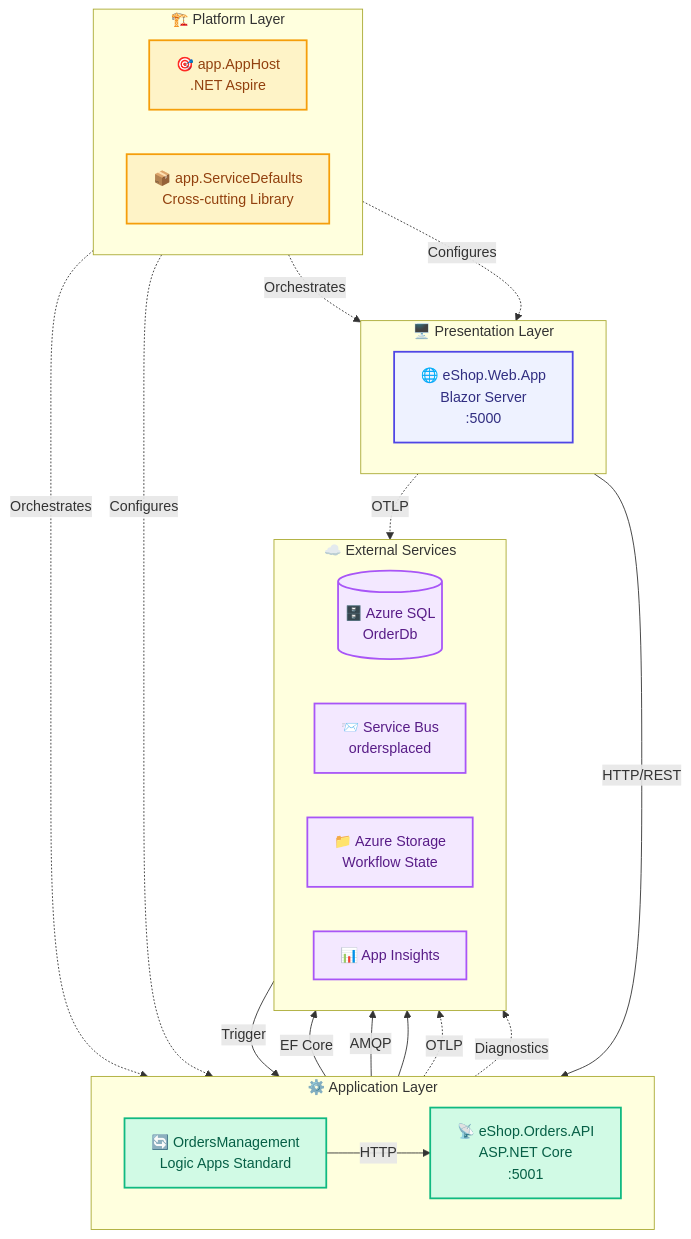
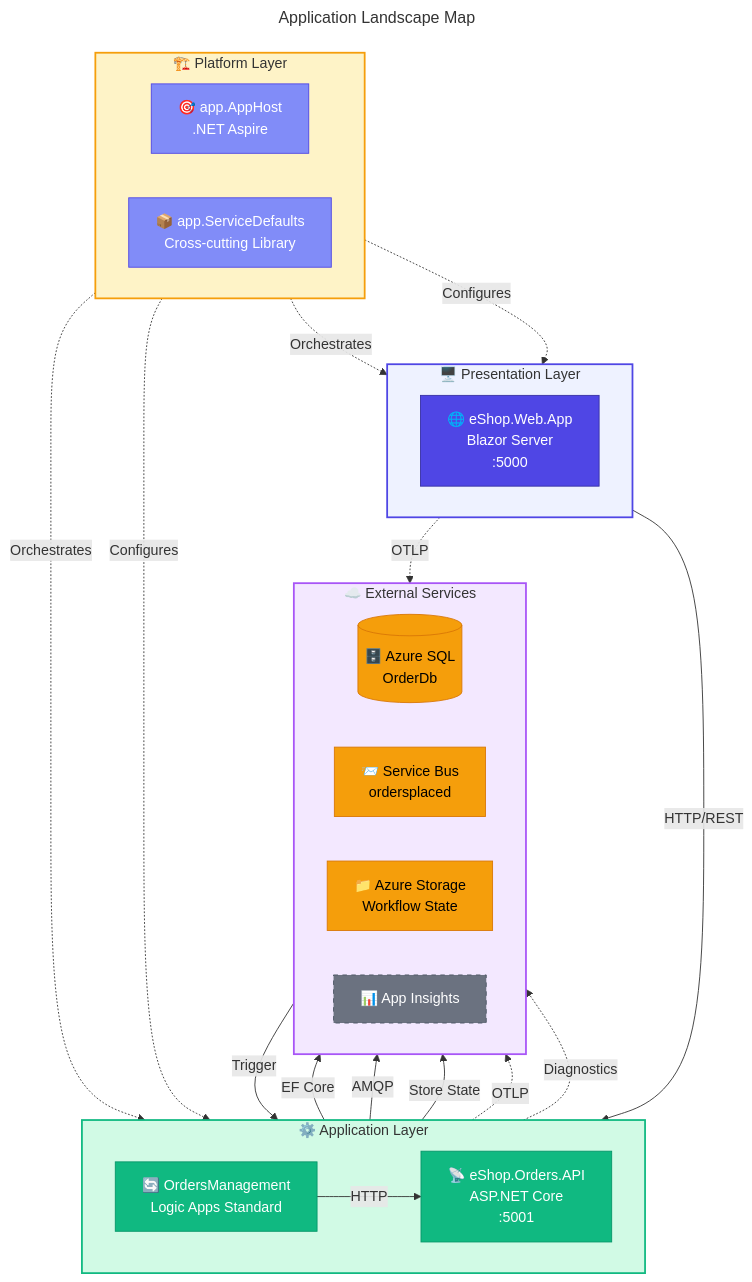
The first of 6 diagrams in docs/architecture/03-application-architecture.md (Evilazaro/Azure-LogicApps-Monitoring), drawn with Mermaid before and after one commit. The commit also changed other lines of this file, not shown here.

Commit message:
docs: Enhance mermaid diagrams with titles and improved styling for better clarity and organization across application architecture documentation

````diff
--- a/docs/architecture/03-application-architecture.md
+++ b/docs/architecture/03-application-architecture.md
@@ -51,60 +51,76 @@
 ```mermaid
+---
+title: Application Landscape Map
+---
 flowchart TB
-    %% Application Landscape Map - Multi-layer application architecture
+    %% ===== CLASS DEFINITIONS =====
+    classDef primary fill:#4F46E5,stroke:#3730A3,color:#FFFFFF
+    classDef secondary fill:#10B981,stroke:#059669,color:#FFFFFF
+    classDef datastore fill:#F59E0B,stroke:#D97706,color:#000000
+    classDef external fill:#6B7280,stroke:#4B5563,color:#FFFFFF,stroke-dasharray: 5 5
+    classDef failed fill:#F44336,stroke:#C62828,color:#FFFFFF
+    classDef trigger fill:#818CF8,stroke:#4F46E5,color:#FFFFFF
+    classDef decision fill:#FFFBEB,stroke:#F59E0B,color:#000000
+    classDef input fill:#F3F4F6,stroke:#6B7280,color:#000000
+
+    %% ===== PRESENTATION LAYER =====
     subgraph Presentation["🖥️ Presentation Layer"]
         direction LR
         WebApp["🌐 eShop.Web.App<br/>Blazor Server<br/>:5000"]
     end
+    style Presentation fill:#EEF2FF,stroke:#4F46E5,stroke-width:2px
 
+    %% ===== APPLICATION LAYER =====
     subgraph Application["⚙️ Application Layer"]
         direction LR
         API["📡 eShop.Orders.API<br/>ASP.NET Core<br/>:5001"]
         LogicApp["🔄 OrdersManagement<br/>Logic Apps Standard"]
     end
+    style Application fill:#D1FAE5,stroke:#10B981,stroke-width:2px
 
+    %% ===== PLATFORM LAYER =====
     subgraph Platform["🏗️ Platform Layer"]
         direction LR
         Orchestrator["🎯 app.AppHost<br/>.NET Aspire"]
         SharedLib["📦 app.ServiceDefaults<br/>Cross-cutting Library"]
     end
+    style Platform fill:#FEF3C7,stroke:#F59E0B,stroke-width:2px
 
+    %% ===== EXTERNAL SERVICES =====
     subgraph External["☁️ External Services"]
         direction LR
         DB[("🗄️ Azure SQL<br/>OrderDb")]
         Queue["📨 Service Bus<br/>ordersplaced"]
         Storage["📁 Azure Storage<br/>Workflow State"]
         Monitor["📊 App Insights"]
     end
+    style External fill:#F3E8FF,stroke:#A855F7,stroke-width:2px
 
-    %% Synchronous flows
+    %% ===== SYNCHRONOUS FLOWS =====
     WebApp -->|"HTTP/REST"| API
     API -->|"EF Core"| DB
     API -->|"AMQP"| Queue
     LogicApp -->|"HTTP"| API
 
-    %% Async/Event flows
+    %% ===== ASYNC/EVENT FLOWS =====
     Queue -->|"Trigger"| LogicApp
-    LogicApp --> Storage
+    LogicApp -->|"Store State"| Storage
 
-    %% Platform relationships
+    %% ===== PLATFORM RELATIONSHIPS =====
     Orchestrator -.->|"Orchestrates"| WebApp
     Orchestrator -.->|"Orchestrates"| API
     SharedLib -.->|"Configures"| WebApp
     SharedLib -.->|"Configures"| API
 
-    %% Telemetry flows
+    %% ===== TELEMETRY FLOWS =====
     WebApp -.->|"OTLP"| Monitor
     API -.->|"OTLP"| Monitor
     LogicApp -.->|"Diagnostics"| Monitor
 
-    %% Modern color palette - WCAG AA compliant
-    classDef presentation fill:#EEF2FF,stroke:#4F46E5,stroke-width:2px,color:#312E81
-    classDef application fill:#D1FAE5,stroke:#10B981,stroke-width:2px,color:#065F46
-    classDef platform fill:#FEF3C7,stroke:#F59E0B,stroke-width:2px,color:#92400E
-    classDef external fill:#F3E8FF,stroke:#A855F7,stroke-width:2px,color:#581C87
-
-    class WebApp presentation
-    class API,LogicApp application
-    class Orchestrator,SharedLib platform
-    class DB,Queue,Storage,Monitor external
+    %% ===== NODE CLASSES =====
+    class WebApp primary
+    class API,LogicApp secondary
+    class Orchestrator,SharedLib trigger
+    class DB,Queue,Storage datastore
+    class Monitor external
 ```
````
